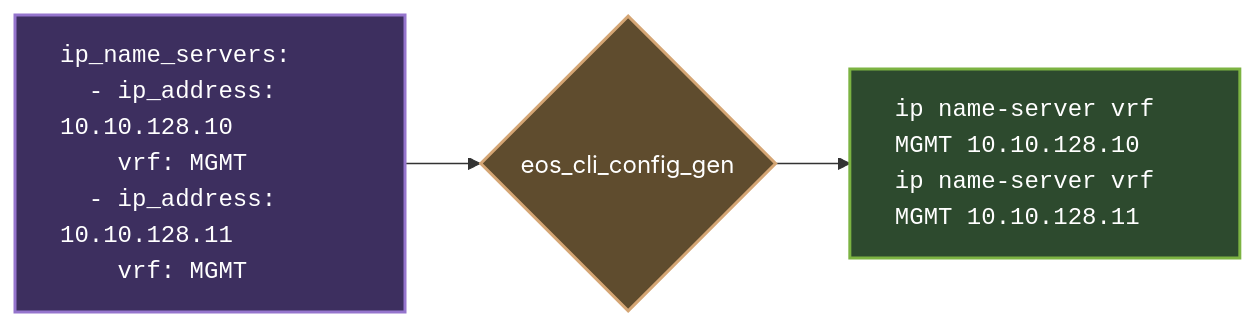
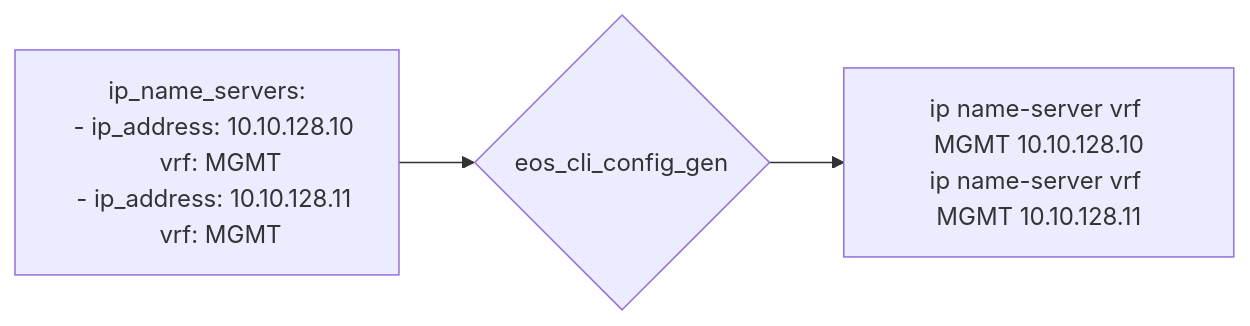
The second of 8 diagrams in docs/getting-started/avd-usage-patterns.md (aristanetworks/avd), drawn with Mermaid before and after one commit. The commit also changed other lines of this file, not shown here.

````diff
--- a/docs/getting-started/avd-usage-patterns.md
+++ b/docs/getting-started/avd-usage-patterns.md
@@ -56,9 +52,5 @@
 ```mermaid
 graph LR
     A["ip_name_servers:<br/>&nbsp;&nbsp;- ip_address: 10.10.128.10<br/>&nbsp;&nbsp;&nbsp;&nbsp;vrf: MGMT<br/>&nbsp;&nbsp;- ip_address: 10.10.128.11<br/>&nbsp;&nbsp;&nbsp;&nbsp;vrf: MGMT"] --> B{eos_cli_config_gen}
     B --> C["ip name-server vrf MGMT 10.10.128.10<br/>ip name-server vrf MGMT 10.10.128.11"]
-
-    style A fill:#3d2f5f,stroke:#9575cd,stroke-width:2px,color:#fff,text-align:left,font-family:monospace
-    style B fill:#5f4c2e,stroke:#d4a574,stroke-width:2px,color:#fff
-    style C fill:#2d4a2e,stroke:#7cb342,stroke-width:2px,color:#fff,text-align:left,font-family:monospace
 ```
````
